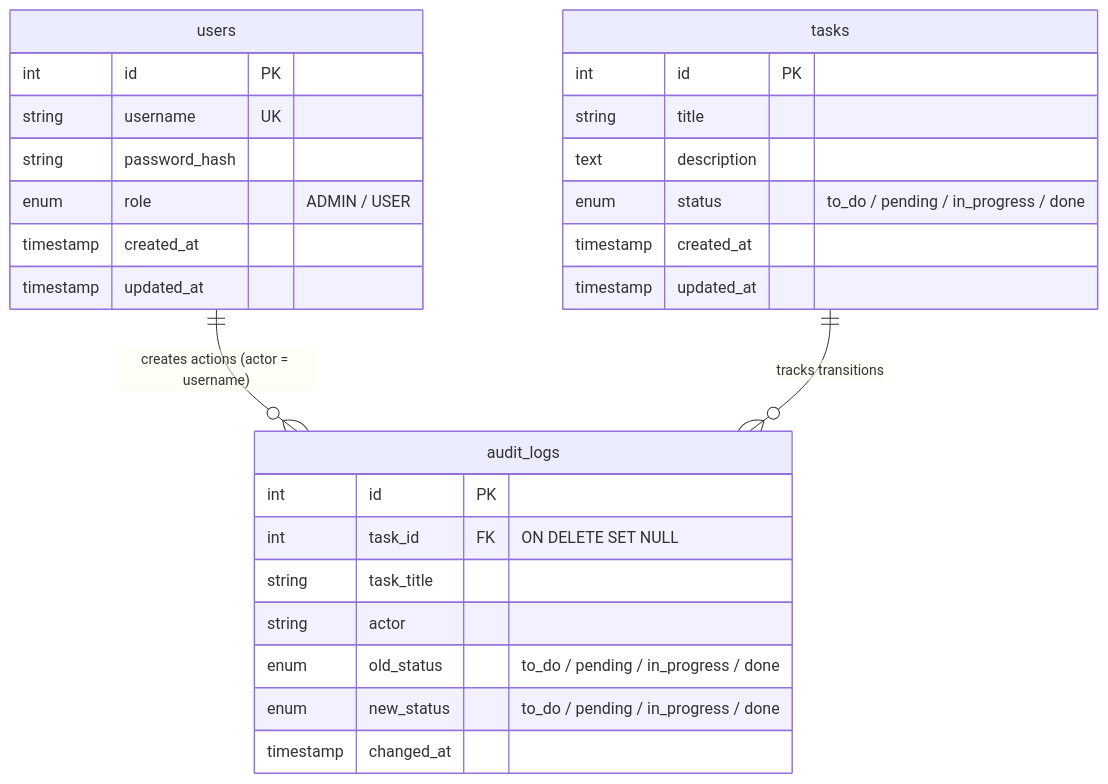
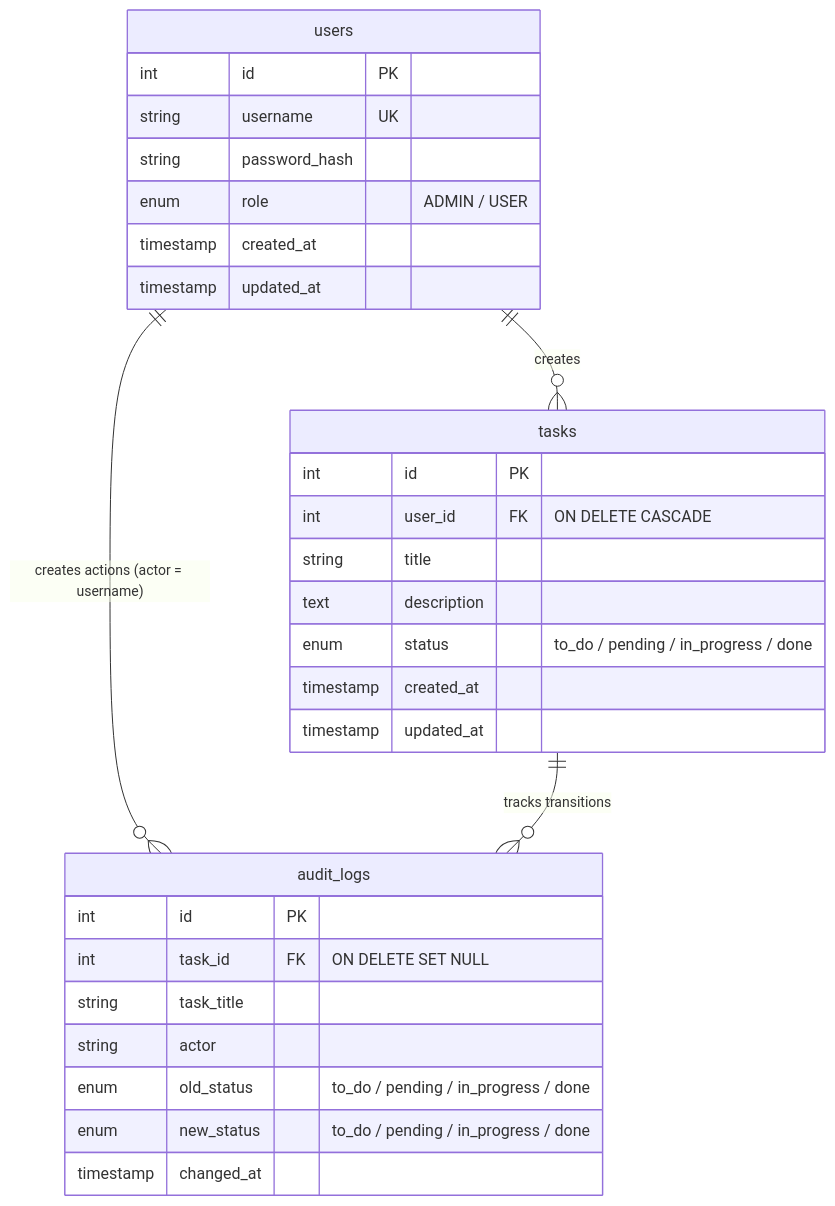
The diagram in plans/PLANNING.md (ferdianqbl/mini-task-manager), drawn with Mermaid before and after one commit. The commit also changed other lines of this file and 5 other files, not shown here.

````diff
--- a/plans/PLANNING.md
+++ b/plans/PLANNING.md
@@ -21,33 +21,35 @@
 ```mermaid
 erDiagram
     users {
         int id PK
         string username UK
         string password_hash
         enum role "ADMIN / USER"
         timestamp created_at
         timestamp updated_at
     }
 
     tasks {
         int id PK
+        int user_id FK "ON DELETE CASCADE"
         string title
         text description
         enum status "to_do / pending / in_progress / done"
         timestamp created_at
         timestamp updated_at
     }
 
     audit_logs {
         int id PK
         int task_id FK "ON DELETE SET NULL"
         string task_title
         string actor
         enum old_status "to_do / pending / in_progress / done"
         enum new_status "to_do / pending / in_progress / done"
         timestamp changed_at
     }
 
+    users ||--o{ tasks : "creates"
     users ||--o{ audit_logs : "creates actions (actor = username)"
     tasks ||--o{ audit_logs : "tracks transitions"
 ```
````
